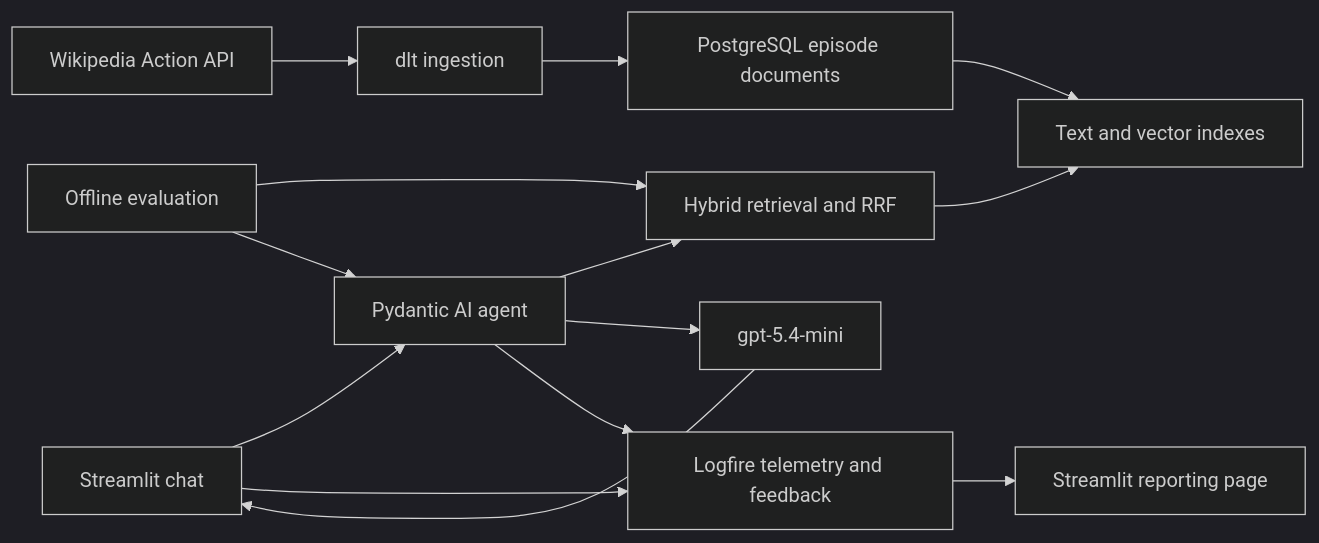
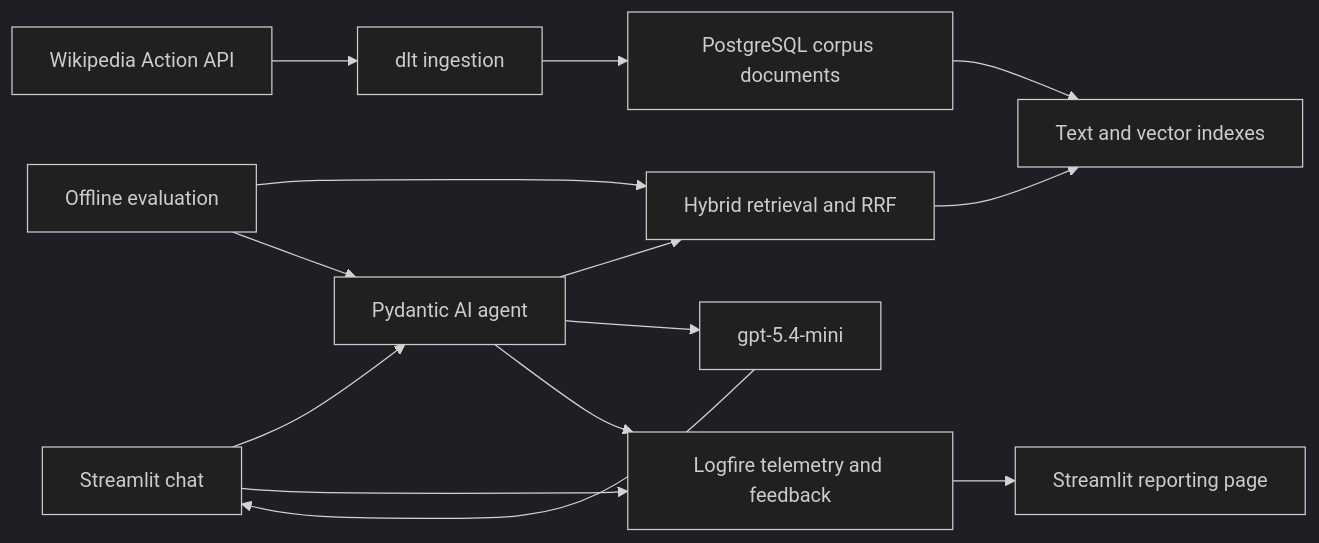
One commit to joan-pareja/supernatural-expert changed the diagram in ARCHITECTURE.md. Above: the diagram before and after it, drawn with Mermaid (dark theme). The commit also changed other lines of this file and 30 other files, not shown here.

````diff
--- a/ARCHITECTURE.md
+++ b/ARCHITECTURE.md
@@ -21,18 +21,18 @@
 ```mermaid
 flowchart LR
     wiki["Wikipedia Action API"] --> dlt["dlt ingestion"]
-    dlt --> docs["PostgreSQL episode documents"]
+    dlt --> docs["PostgreSQL corpus documents"]
     docs --> index["Text and vector indexes"]
 
     user["Streamlit chat"] --> agent["Pydantic AI agent"]
     agent --> search["Hybrid retrieval and RRF"]
     search --> index
     agent --> llm["gpt-5.4-mini"]
     llm --> user
 
     eval["Offline evaluation"] --> search
     eval --> agent
     user --> logfire["Logfire telemetry and feedback"]
     agent --> logfire
     logfire --> report["Streamlit reporting page"]
 ```
````
